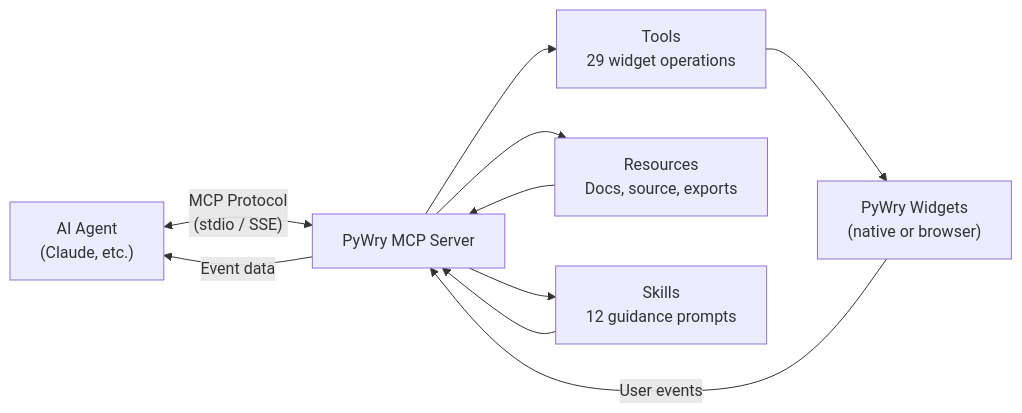
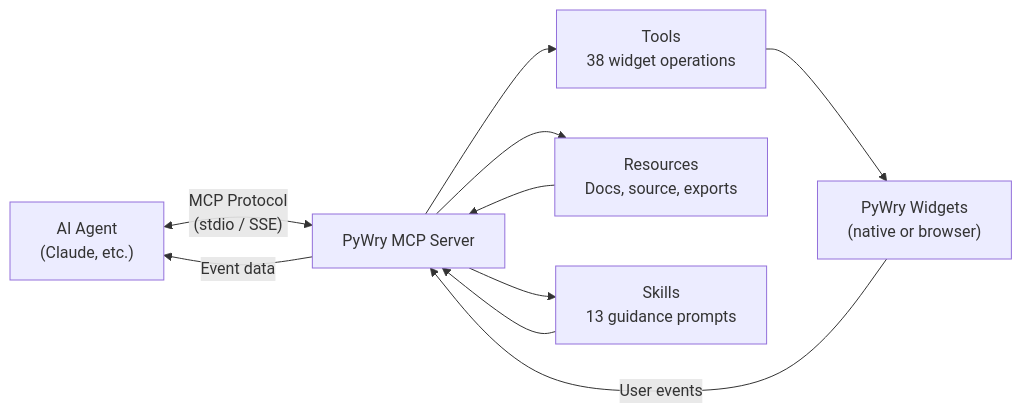
The diagram in pywry/docs/docs/mcp/index.md (deeleeramone/PyWry), drawn with Mermaid before and after one commit. The commit also changed other lines of this file and 212 other files, not shown here.

````diff
--- a/pywry/docs/docs/mcp/index.md
+++ b/pywry/docs/docs/mcp/index.md
@@ -74,12 +74,12 @@
 ```mermaid
 flowchart LR
     A["AI Agent<br>(Claude, etc.)"] <-->|"MCP Protocol<br>(stdio / SSE)"| B["PyWry MCP Server"]
-    B --> C["Tools<br>29 widget operations"]
+    B --> C["Tools<br>38 widget operations"]
     B --> D["Resources<br>Docs, source, exports"]
-    B --> E["Skills<br>12 guidance prompts"]
+    B --> E["Skills<br>13 guidance prompts"]
     C --> F["PyWry Widgets<br>(native or browser)"]
     D --> B
     E --> B
     F -->|"User events"| B
     B -->|"Event data"| A
 ```
````
